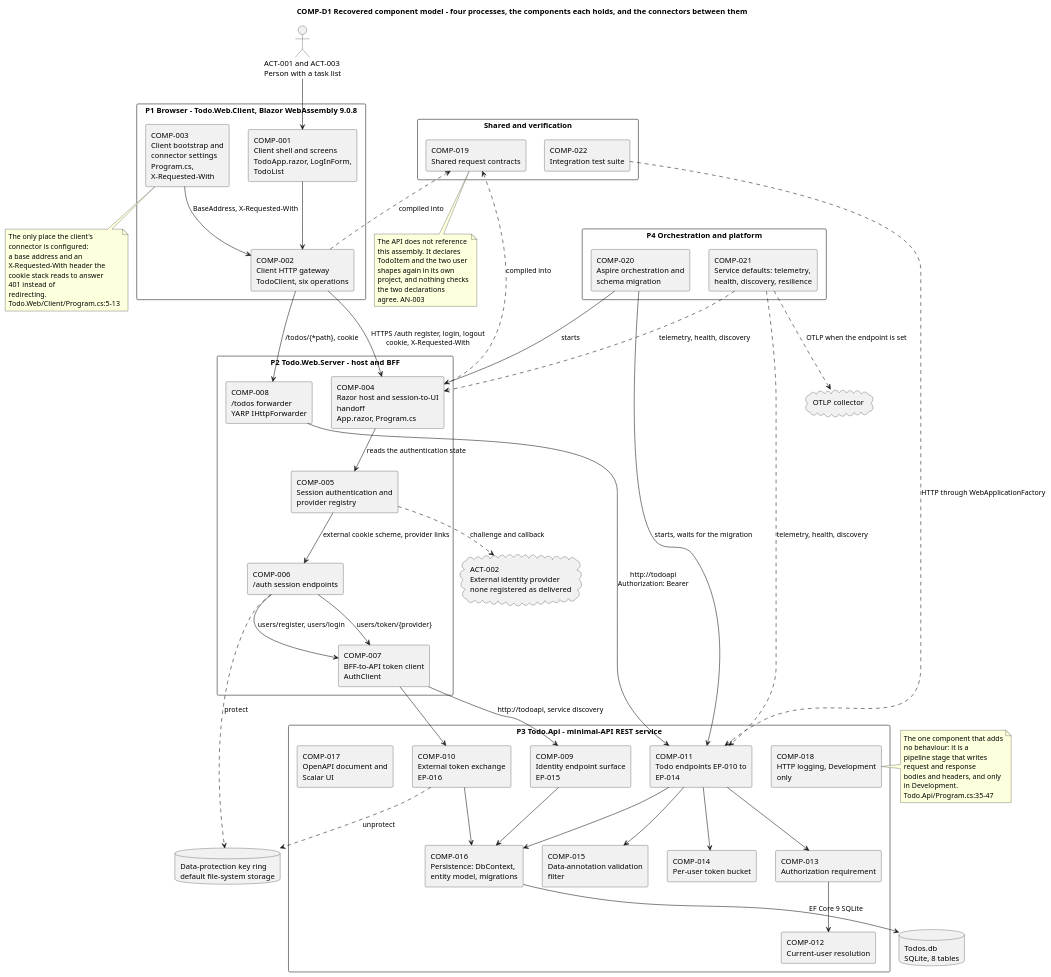
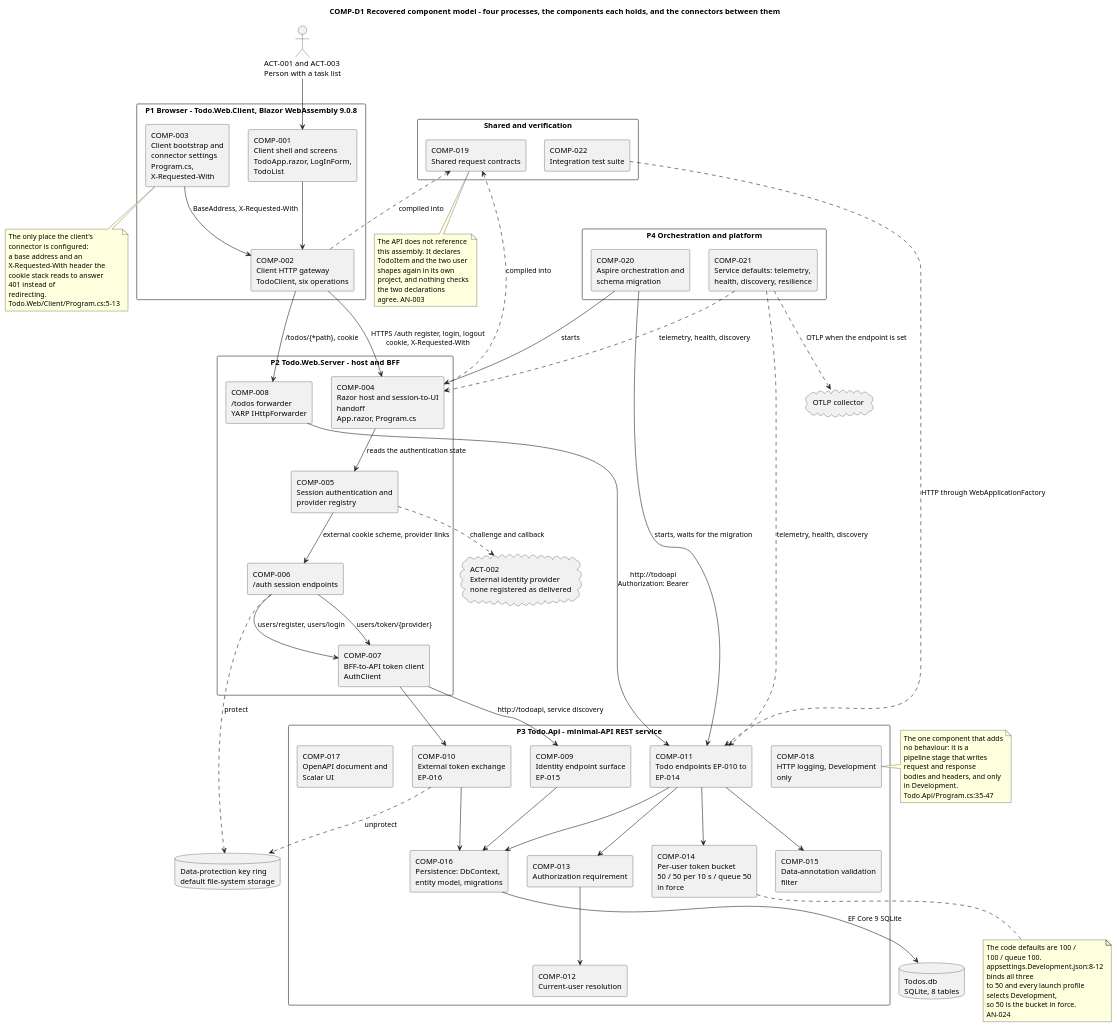
Before and after one commit to banense-test/TodoApp: the first of 11 diagrams in docs/artifacts/analysis---design/software-architecture-document.md, drawn with PlantUML. The commit also changed other lines of this file, not shown here.

Commit message:
Software Architect [Excavation2]: upsert Software Architecture Document
[skip ci]

```diff
--- a/docs/artifacts/analysis---design/software-architecture-document.md
+++ b/docs/artifacts/analysis---design/software-architecture-document.md
@@ -54,7 +53,7 @@
   component "COMP-011\nTodo endpoints EP-010 to EP-014" as C11
   component "COMP-012\nCurrent-user resolution" as C12
   component "COMP-013\nAuthorization requirement" as C13
-  component "COMP-014\nPer-user token bucket" as C14
+  component "COMP-014\nPer-user token bucket\n50 / 50 per 10 s / queue 50 in force" as C14
   component "COMP-015\nData-annotation validation filter" as C15
   component "COMP-016\nPersistence: DbContext, entity model, migrations" as C16
   component "COMP-017\nOpenAPI document and Scalar UI" as C17
@@ -110,6 +109,13 @@
   Todo.Api/Program.cs:35-47
 end note
 
+note bottom of C14
+  The code defaults are 100 / 100 / queue 100.
+  appsettings.Development.json:8-12 binds all three
+  to 50 and every launch profile selects Development,
+  so 50 is the bucket in force. AN-024
+end note
+
 note bottom of C19
   The API does not reference this assembly. It declares
   TodoItem and the two user shapes again in its own
```
